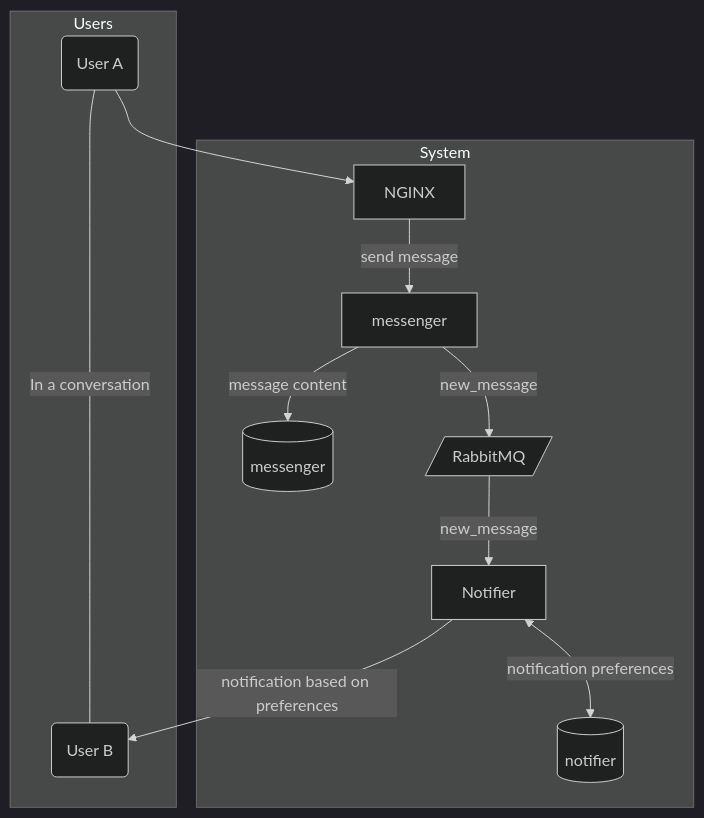
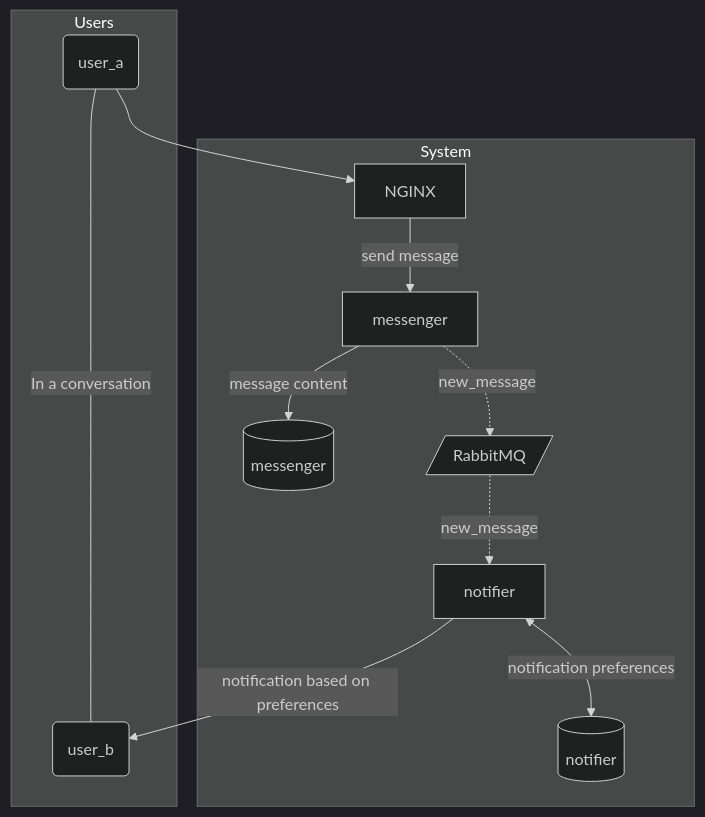
One commit to microservices-march-2022/.github changed the diagram in profile/README.md. Above: the diagram before and after it, drawn with Mermaid (dark theme). The commit also changed other lines of this file, not shown here.

Commit message:
a basic description of the demo architecture

````diff
--- a/profile/README.md
+++ b/profile/README.md
@@ -44,17 +55,15 @@
 ```mermaid
 graph TD
 G --> A
 subgraph System
 A[NGINX] -->|send message| B[messenger]
 B -->|message content| C[(messenger)]
-B -->|new_message| D[/RabbitMQ/]
-D -->|new_message| E[Notifier]
+B .->|new_message| D[/RabbitMQ/]
+D .->|new_message| E[notifier]
 E <-->|notification preferences| F[(notifier)]
 end
 E -->|notification based on preferences| H
 subgraph Users
-G(User A) ---|In a conversation| H(User B)
+G(user_a) ---|In a conversation| H(user_b)
 end
-
-
 ```
````
